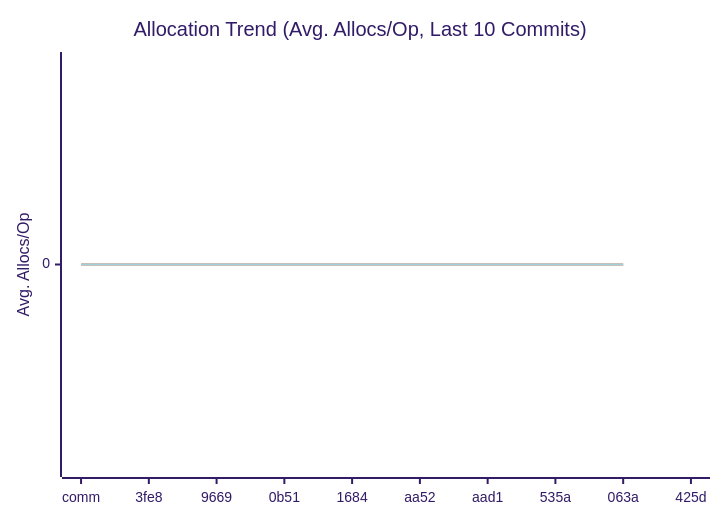
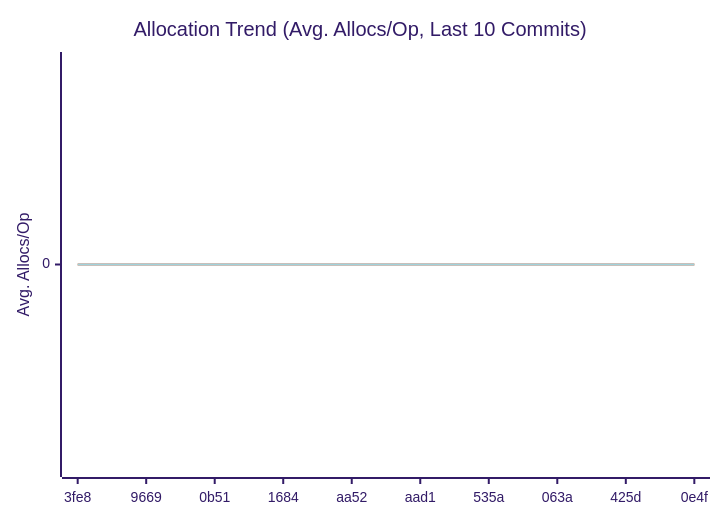
One commit to alsotoes/momo changed the third of 3 diagrams in doc/README.md. Above: the diagram before and after it, drawn with Mermaid (forest theme). The commit also changed other lines of this file and 1 other file, not shown here.

````diff
--- a/doc/README.md
+++ b/doc/README.md
@@ -312,10 +312,10 @@
 ```mermaid
 xychart-beta
     title "Allocation Trend (Avg. Allocs/Op, Last 10 Commits)"
     x-axis "Commit"
     y-axis "Avg. Allocs/Op"
-    x-axis [comm,3fe8,9669,0b51,1684,aa52,aad1,535a,063a,425d]
-    line "CheckMetricsAndSwap" [0,0,0,0,0,0,0,0,0]
-    line "IndexDirectTracking" [0,0,0,0,0,0,0,0,0]
-    line "IndexSearch" [0,0,0,0,0,0,0,0,0]
+    x-axis [3fe8,9669,0b51,1684,aa52,aad1,535a,063a,425d,0e4f]
+    line "CheckMetricsAndSwap" [0,0,0,0,0,0,0,0,0,0]
+    line "IndexDirectTracking" [0,0,0,0,0,0,0,0,0,0]
+    line "IndexSearch" [0,0,0,0,0,0,0,0,0,0]
 ```
````
